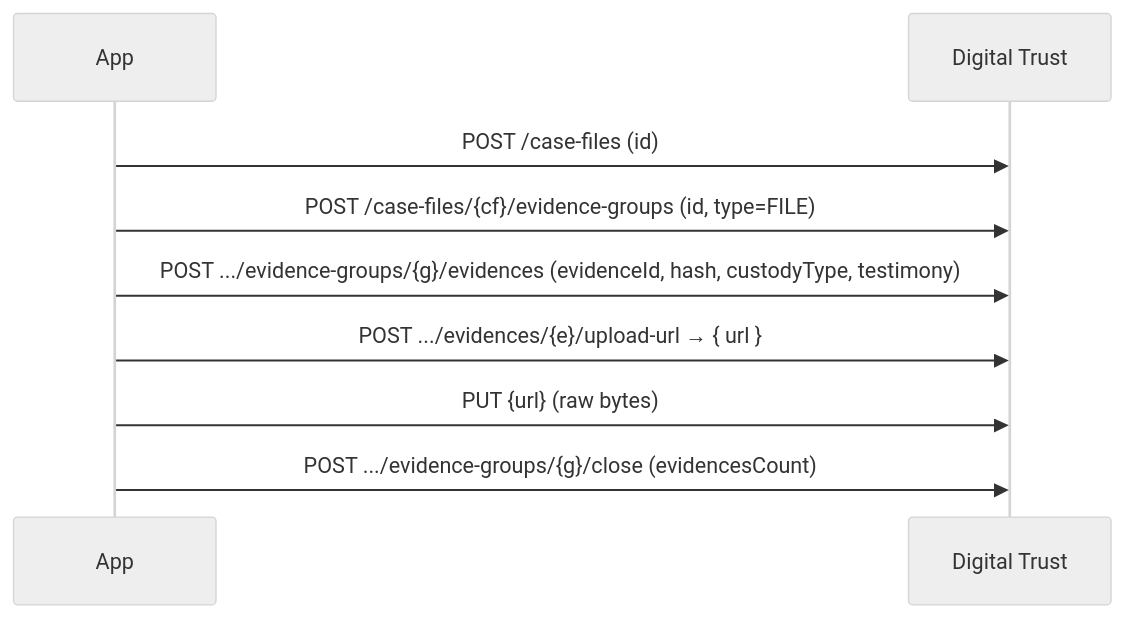
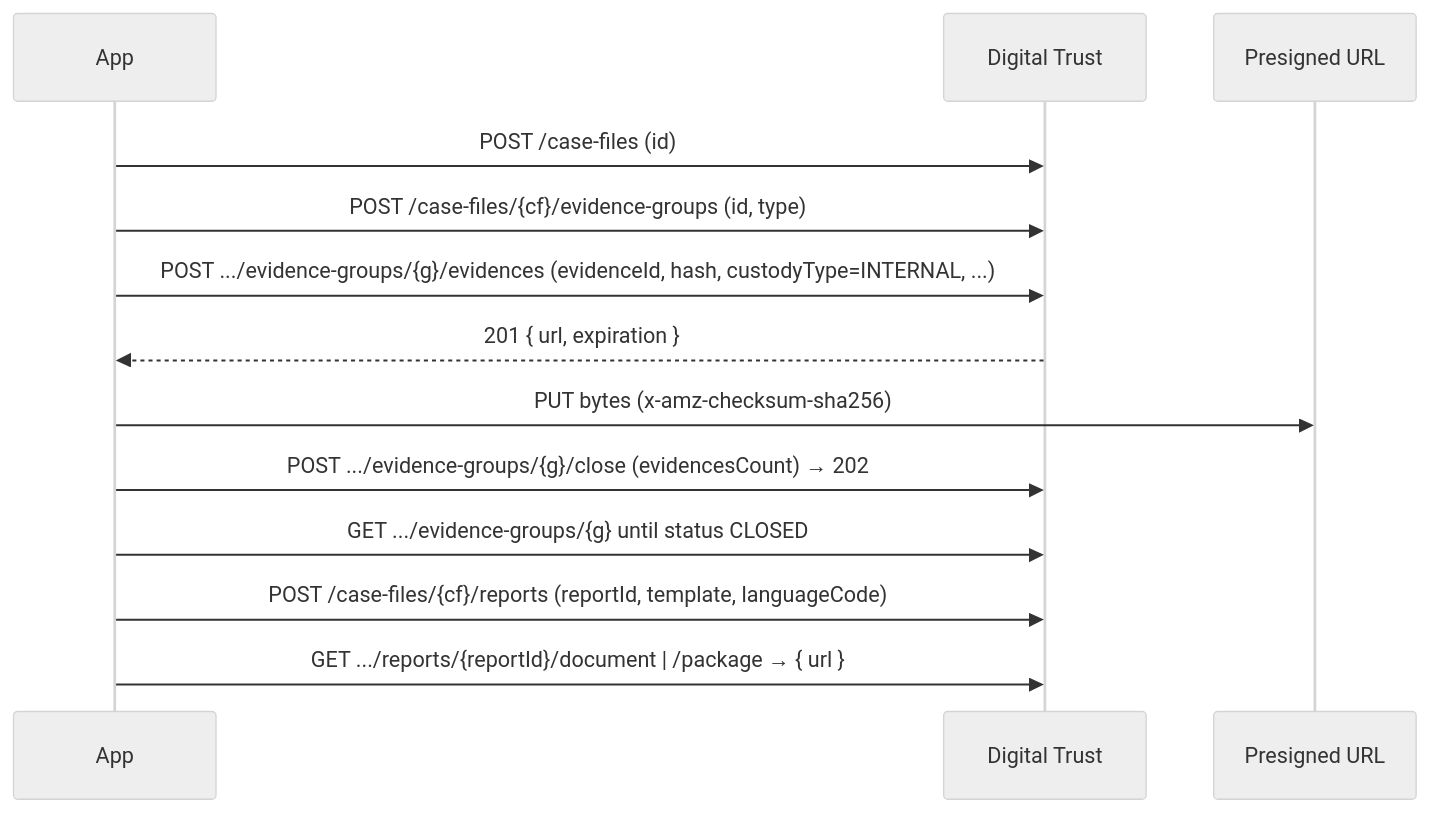
One commit to g-digital-by-Garrigues/EAD-Factory-MCP changed the first of 2 diagrams in .claude/skills/ead-factory-api/SKILL.md. Above: the diagram before and after it, drawn with Mermaid (neutral theme). The commit also changed other lines of this file and 86 other files, not shown here.

````diff
--- a/.claude/skills/ead-factory-api/SKILL.md
+++ b/.claude/skills/ead-factory-api/SKILL.md
@@ -76,11 +79,15 @@
 ```mermaid
 sequenceDiagram
     participant App
-    participant API as Digital Trust
-    App->>API: POST /case-files (id)
-    App->>API: POST /case-files/{cf}/evidence-groups (id, type=FILE)
-    App->>API: POST .../evidence-groups/{g}/evidences (evidenceId, hash, custodyType, testimony)
-    App->>API: POST .../evidences/{e}/upload-url → { url }
-    App->>API: PUT {url} (raw bytes)
-    App->>API: POST .../evidence-groups/{g}/close (evidencesCount)
+    participant DT as Digital Trust
+    participant S3 as Presigned URL
+    App->>DT: POST /case-files (id)
+    App->>DT: POST /case-files/{cf}/evidence-groups (id, type)
+    App->>DT: POST .../evidence-groups/{g}/evidences (evidenceId, hash, custodyType=INTERNAL, ...)
+    DT-->>App: 201 { url, expiration }
+    App->>S3: PUT bytes (x-amz-checksum-sha256)
+    App->>DT: POST .../evidence-groups/{g}/close (evidencesCount) → 202
+    App->>DT: GET .../evidence-groups/{g} until status CLOSED
+    App->>DT: POST /case-files/{cf}/reports (reportId, template, languageCode)
+    App->>DT: GET .../reports/{reportId}/document | /package → { url }
 ```
````
